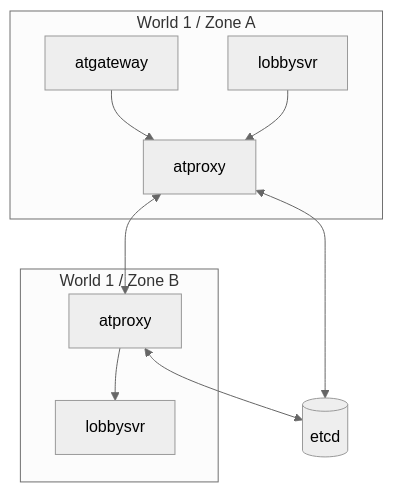
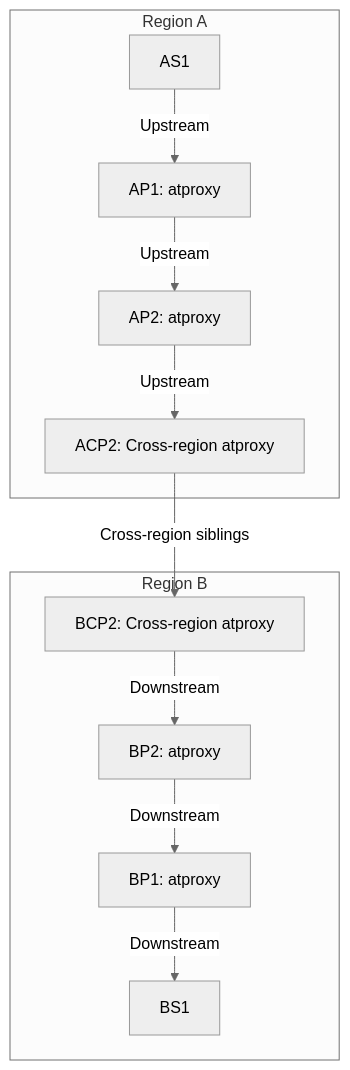
The third of 3 diagrams in doc/i18n/en/docusaurus-plugin-content-docs/current/architecture/gateway-proxy.md (atframework/atsf4g-co), drawn with Mermaid (neutral theme) before and after one commit. The commit also changed other lines of this file and 3 other files, not shown here.

````diff
--- a/doc/i18n/en/docusaurus-plugin-content-docs/current/architecture/gateway-proxy.md
+++ b/doc/i18n/en/docusaurus-plugin-content-docs/current/architecture/gateway-proxy.md
@@ -46,13 +109,14 @@
 ```mermaid
 flowchart TB
-    subgraph ZoneA[World 1 / Zone A]
-      GW1[atgateway] --> P1[atproxy]
-      L1[lobbysvr] --> P1
+    subgraph RegionA[Region A]
+      AS1[AS1] -->|Upstream| AP1[AP1: atproxy]
+      AP1 -->|Upstream| AP2[AP2: atproxy]
+      AP2 -->|Upstream| ACP2[ACP2: Cross-region atproxy]
     end
-    subgraph ZoneB[World 1 / Zone B]
-      P2[atproxy] --> L2[lobbysvr]
+    subgraph RegionB[Region B]
+      BCP2[BCP2: Cross-region atproxy] -->|Downstream| BP2[BP2: atproxy]
+      BP2 -->|Downstream| BP1[BP1: atproxy]
+      BP1 -->|Downstream| BS1[BS1]
     end
-    P1 <--> P2
-    P1 <--> ETCD[(etcd)]
-    P2 <--> ETCD
+    ACP2 -->|Cross-region siblings| BCP2
 ```
````
